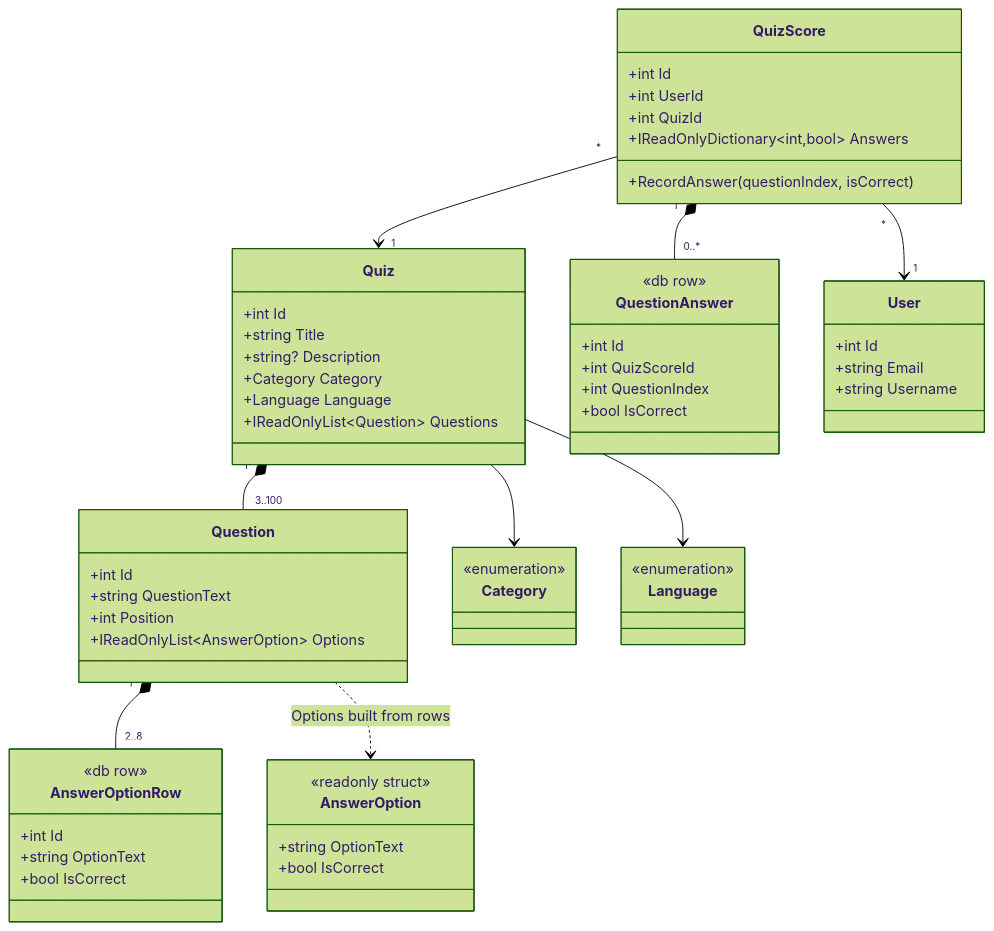
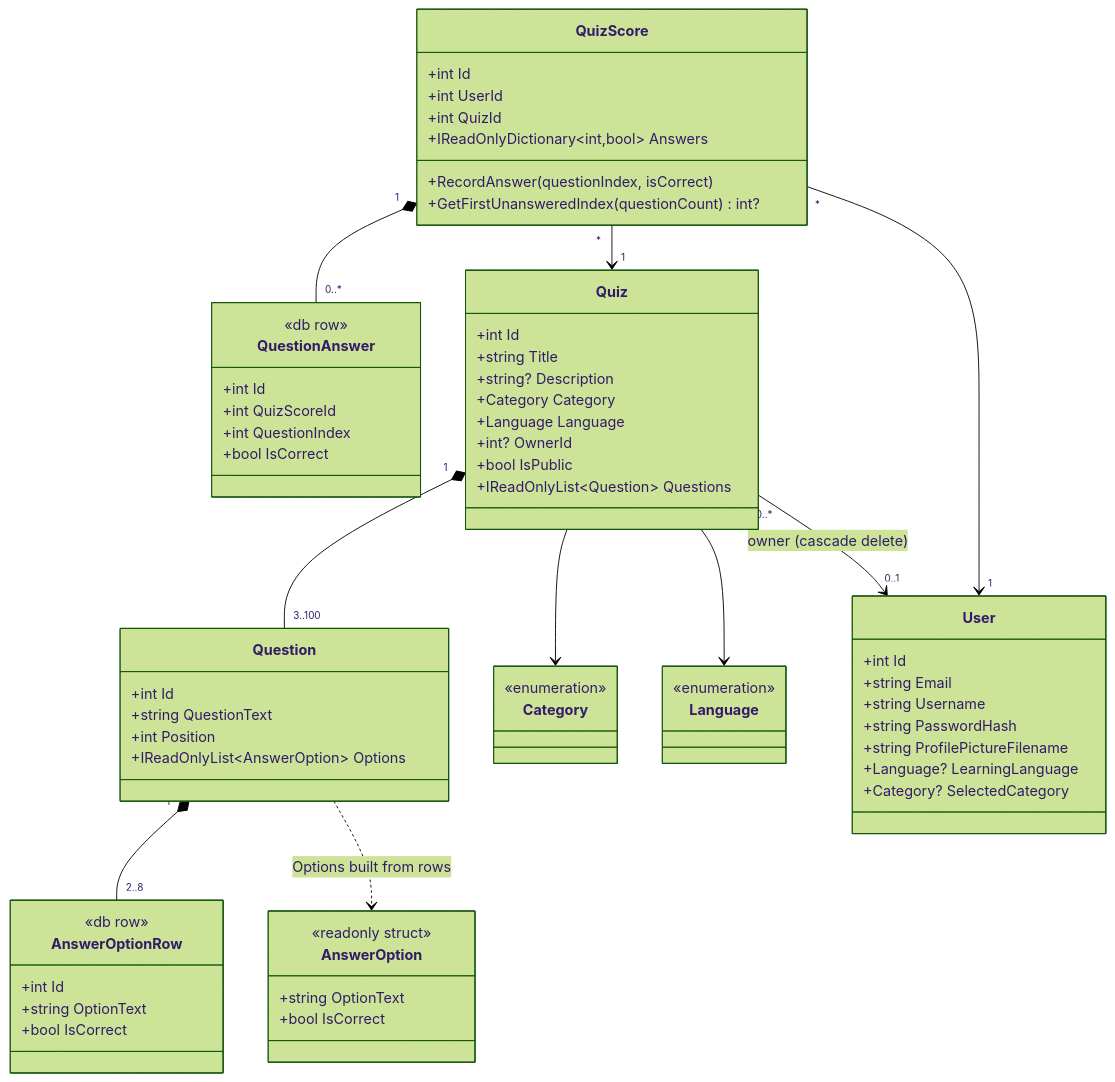
One commit to Averlingis/PSI1-projektas changed the diagram in Docs/Quiz-class-diagram.md. Above: the diagram before and after it, drawn with Mermaid (forest theme). The commit also changed other lines of this file, not shown here.

Commit message:
updated diagram

````diff
--- a/Docs/Quiz-class-diagram.md
+++ b/Docs/Quiz-class-diagram.md
@@ -5,61 +5,69 @@
 ```mermaid
 classDiagram
   class Quiz {
     +int Id
     +string Title
     +string? Description
     +Category Category
     +Language Language
+    +int? OwnerId
+    +bool IsPublic
     +IReadOnlyList~Question~ Questions
   }
   class Question {
     +int Id
     +string QuestionText
     +int Position
     +IReadOnlyList~AnswerOption~ Options
   }
   class AnswerOption {
     <<readonly struct>>
     +string OptionText
     +bool IsCorrect
   }
   class AnswerOptionRow {
     <<db row>>
     +int Id
     +string OptionText
     +bool IsCorrect
   }
   class QuizScore {
     +int Id
     +int UserId
     +int QuizId
     +IReadOnlyDictionary~int,bool~ Answers
     +RecordAnswer(questionIndex, isCorrect)
+    +GetFirstUnansweredIndex(questionCount) int?
   }
   class QuestionAnswer {
     <<db row>>
     +int Id
     +int QuizScoreId
     +int QuestionIndex
     +bool IsCorrect
   }
   class User {
     +int Id
     +string Email
     +string Username
+    +string PasswordHash
+    +string ProfilePictureFilename
+    +Language? LearningLanguage
+    +Category? SelectedCategory
   }
   class Category {
     <<enumeration>>
   }
   class Language {
     <<enumeration>>
   }
   Quiz "1" *-- "3..100" Question
   Question "1" *-- "2..8" AnswerOptionRow
   Question ..> AnswerOption : Options built from rows
   QuizScore "1" *-- "0..*" QuestionAnswer
   QuizScore "*" --> "1" Quiz
   QuizScore "*" --> "1" User
   Quiz --> Category
   Quiz --> Language
+  Quiz "0..*" --> "0..1" User : owner (cascade delete)
 ```
````
